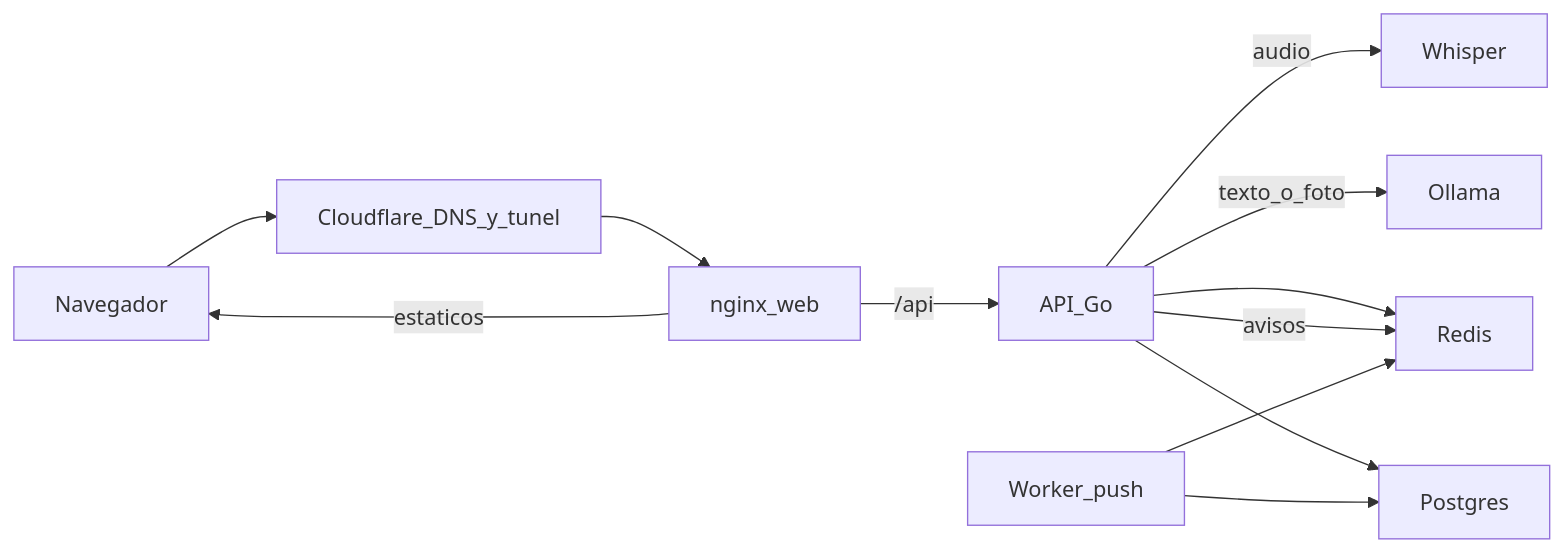
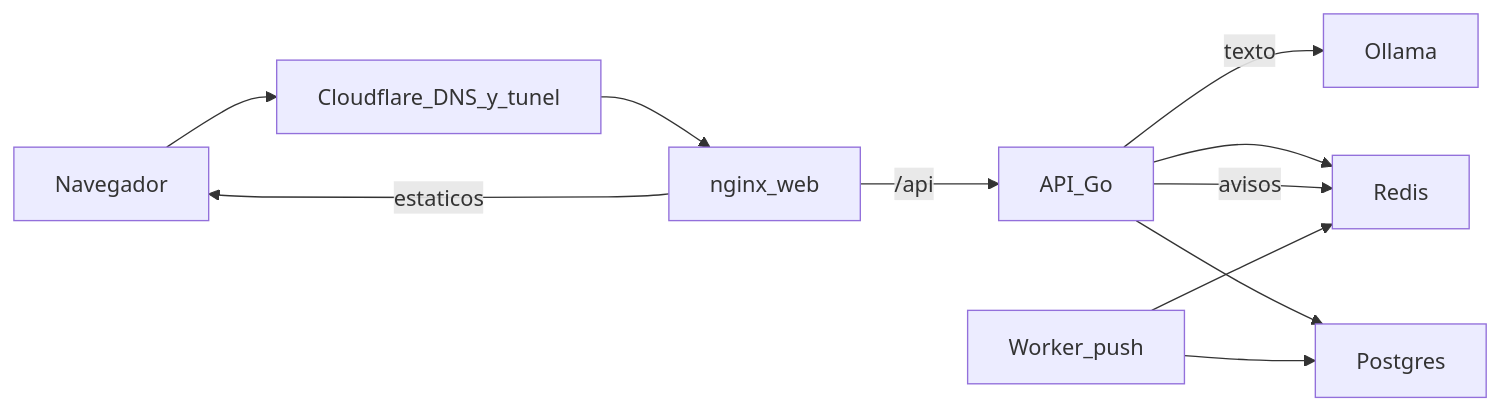
Before and after one commit to josh-94/APPRUMBO: the diagram in docs/arquitectura.md, drawn with Mermaid. The commit also changed other lines of this file and 9 other files, not shown here.

````diff
--- a/docs/arquitectura.md
+++ b/docs/arquitectura.md
@@ -9,22 +9,20 @@
 ```mermaid
 flowchart LR
   browser[Navegador]
   cf[Cloudflare_DNS_y_tunel]
   web[nginx_web]
   api[API_Go]
   pg[Postgres]
   redis[Redis]
   worker[Worker_push]
   ollama[Ollama]
-  whisper[Whisper]
   browser --> cf --> web
   web -->|estaticos| browser
   web -->|/api| api
   api --> pg
   api --> redis
   api -->|avisos| redis
-  api -->|texto_o_foto| ollama
-  api -->|audio| whisper
+  api -->|texto| ollama
   worker --> redis
   worker --> pg
 ```
````
